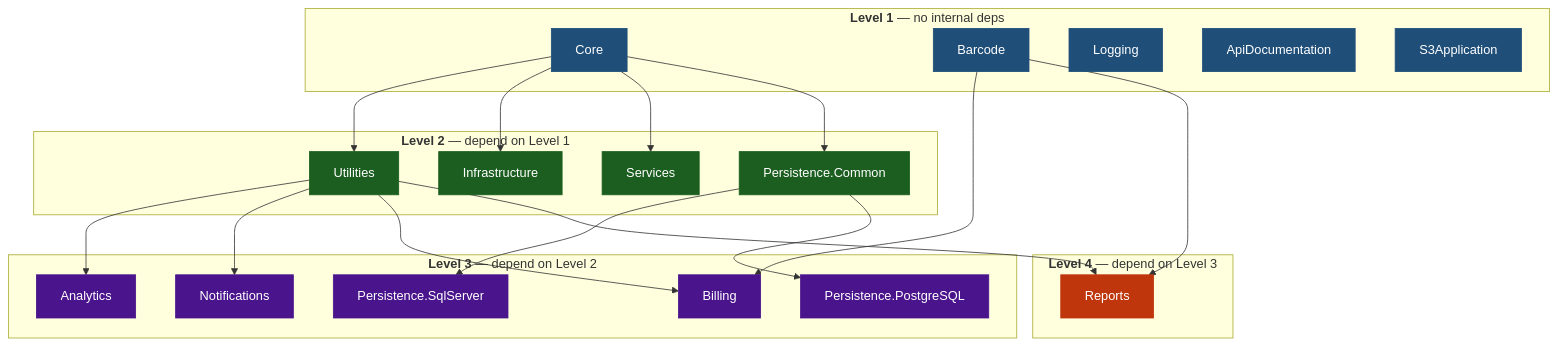
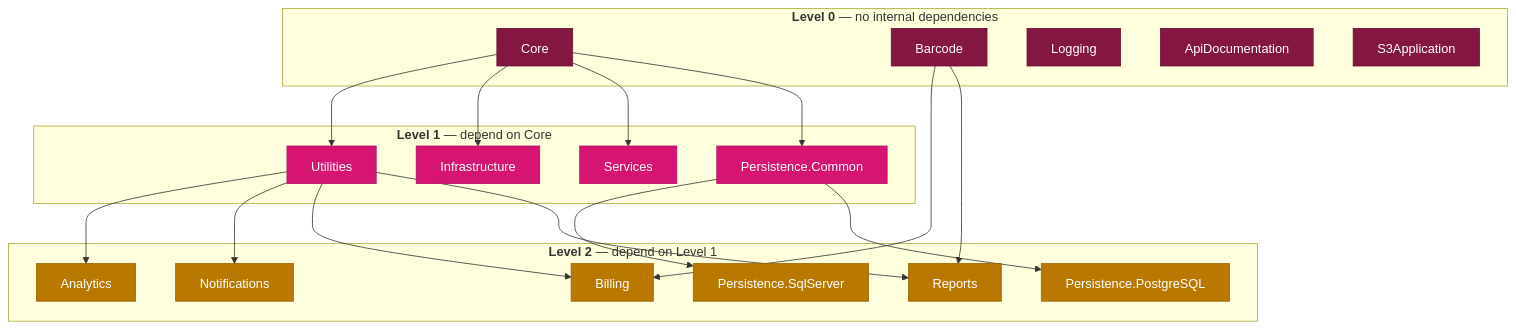
The diagram in docs/wiki/Home.md (acontplus/acontplus-dotnet-libs), drawn with Mermaid before and after one commit. The commit also changed other lines of this file and 14 other files, not shown here.

First line of the commit message:
docs(wiki): enhance architecture documentation and streamline CI/CD workflows (#170)

````diff
--- a/docs/wiki/Home.md
+++ b/docs/wiki/Home.md
@@ -44,52 +45,51 @@
 ```mermaid
+---
+config:
+  htmlLabels: false
+---
 flowchart TD
-  subgraph level1["`**Level 1** — no internal deps`"]
+  subgraph level0["`**Level 0** — no internal dependencies`"]
     Core
     Barcode
     Logging
     ApiDocs[ApiDocumentation]
     S3[S3Application]
   end
 
-  subgraph level2["`**Level 2** — depend on Level 1`"]
+  subgraph level1["`**Level 1** — depend on Core`"]
     Utilities
     Infrastructure
     Services
-    PersistenceCommon[Persistence.Common]
+    PersCommon[Persistence.Common]
   end
 
-  subgraph level3["`**Level 3** — depend on Level 2`"]
+  subgraph level2["`**Level 2** — depend on Level 1`"]
     Analytics
     Notifications
     Billing
-    PersistenceSQL[Persistence.SqlServer]
-    PersistencePG[Persistence.PostgreSQL]
-  end
-
-  subgraph level4["`**Level 4** — depend on Level 3`"]
     Reports
+    PersSQL[Persistence.SqlServer]
+    PersPG[Persistence.PostgreSQL]
   end
 
   Core --> Utilities
   Core --> Infrastructure
   Core --> Services
-  Core --> PersistenceCommon
+  Core --> PersCommon
   Barcode --> Billing
+  Barcode --> Reports
   Utilities --> Analytics
   Utilities --> Notifications
   Utilities --> Billing
   Utilities --> Reports
-  Barcode --> Reports
-  PersistenceCommon --> PersistenceSQL
-  PersistenceCommon --> PersistencePG
+  PersCommon --> PersSQL
+  PersCommon --> PersPG
 
-  classDef l1 fill:#1f4e79,color:#fff,stroke:#1f4e79
-  classDef l2 fill:#1b5e20,color:#fff,stroke:#1b5e20
-  classDef l3 fill:#4a148c,color:#fff,stroke:#4a148c
-  classDef l4 fill:#bf360c,color:#fff,stroke:#bf360c
+  classDef l0 fill:#831742,color:#fff,stroke:#6a1235
+  classDef l1 fill:#d61572,color:#fff,stroke:#b01260
+  classDef l2 fill:#b97800,color:#fff,stroke:#9a6400
 
-  class Core,Barcode,Logging,ApiDocs,S3 l1
-  class Utilities,Infrastructure,Services,PersistenceCommon l2
-  class Analytics,Notifications,Billing,PersistenceSQL,PersistencePG l3
-  class Reports l4
+  class Core,Barcode,Logging,ApiDocs,S3 l0
+  class Utilities,Infrastructure,Services,PersCommon l1
+  class Analytics,Notifications,Billing,Reports,PersSQL,PersPG l2
 ```
````
